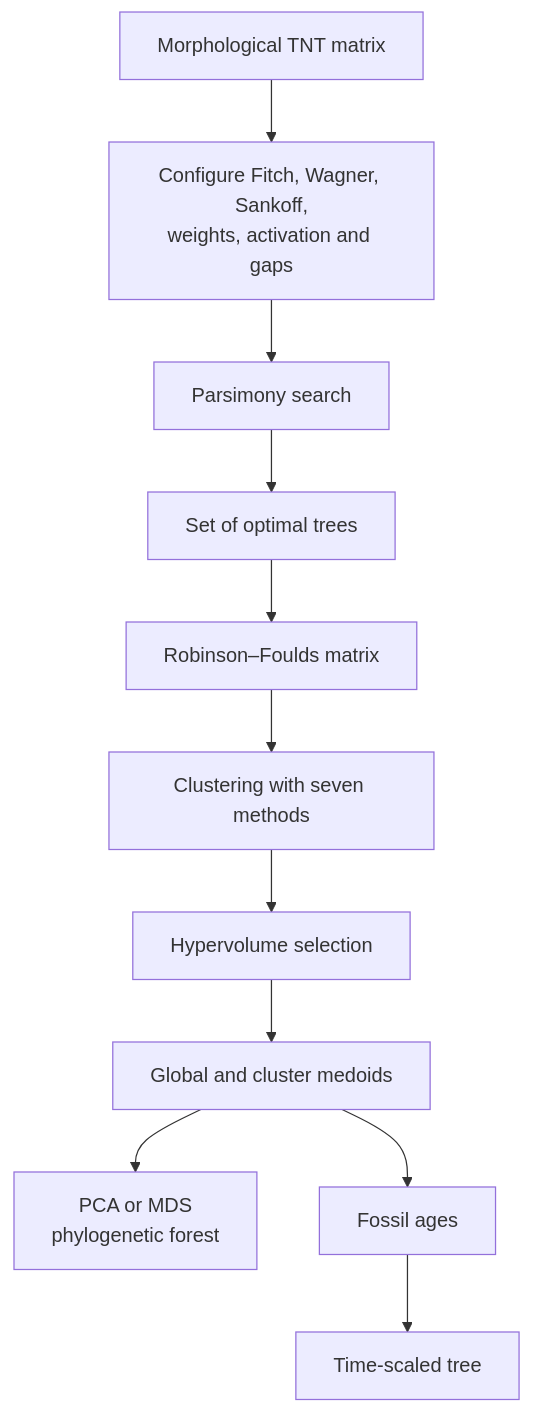
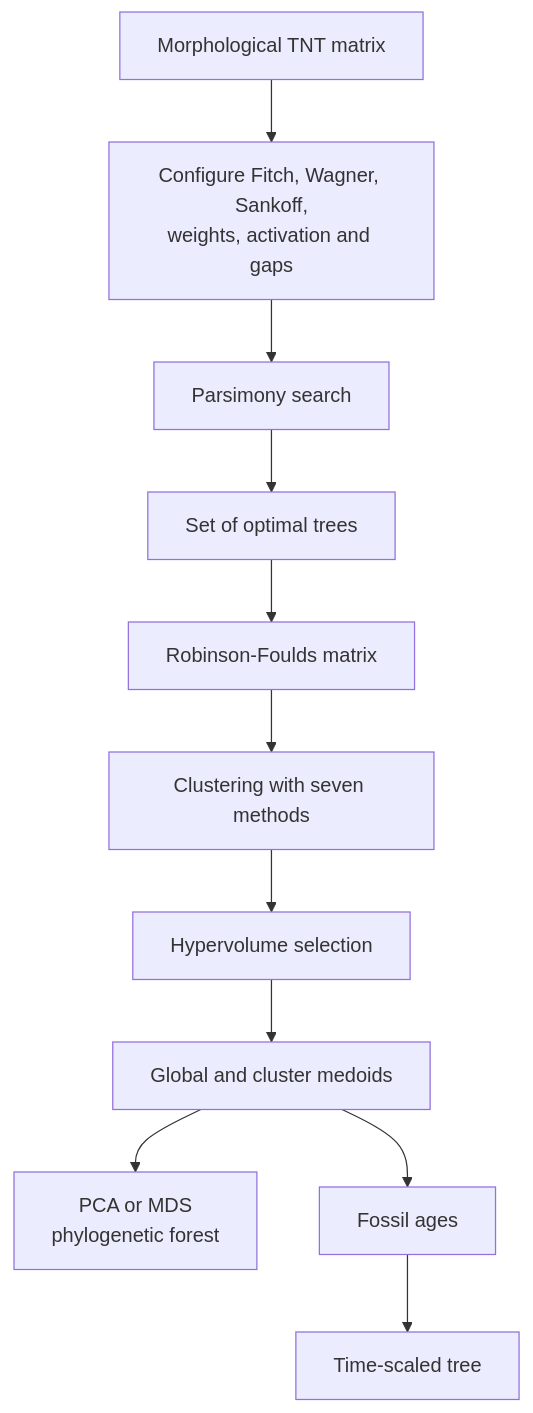
One commit to mvillalobosc/Lab2IA changed the fourth of 6 diagrams in PaleoForest/README.md. Above: the diagram before and after it, drawn with Mermaid. The commit also changed other lines of this file and 5 other files, not shown here.

````diff
--- a/PaleoForest/README.md
+++ b/PaleoForest/README.md
@@ -811,13 +830,13 @@
 ```mermaid
 flowchart TD
     M[Morphological TNT matrix] --> C[Configure Fitch, Wagner, Sankoff,<br/>weights, activation and gaps]
     C --> B[Parsimony search]
     B --> T[Set of optimal trees]
-    T --> R[Robinson–Foulds matrix]
+    T --> R[Robinson-Foulds matrix]
     R --> G[Clustering with seven methods]
     G --> H[Hypervolume selection]
     H --> MD[Global and cluster medoids]
     MD --> F[PCA or MDS<br/>phylogenetic forest]
     MD --> A[Fossil ages]
     A --> TS[Time-scaled tree]
 ```
````
